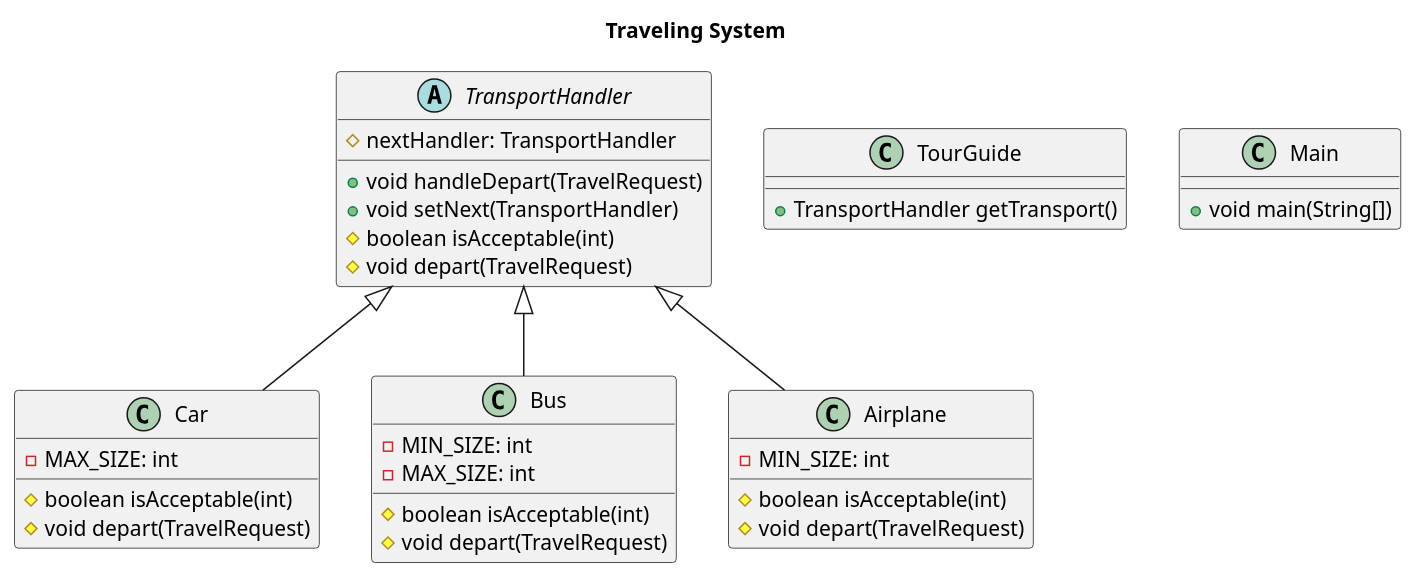
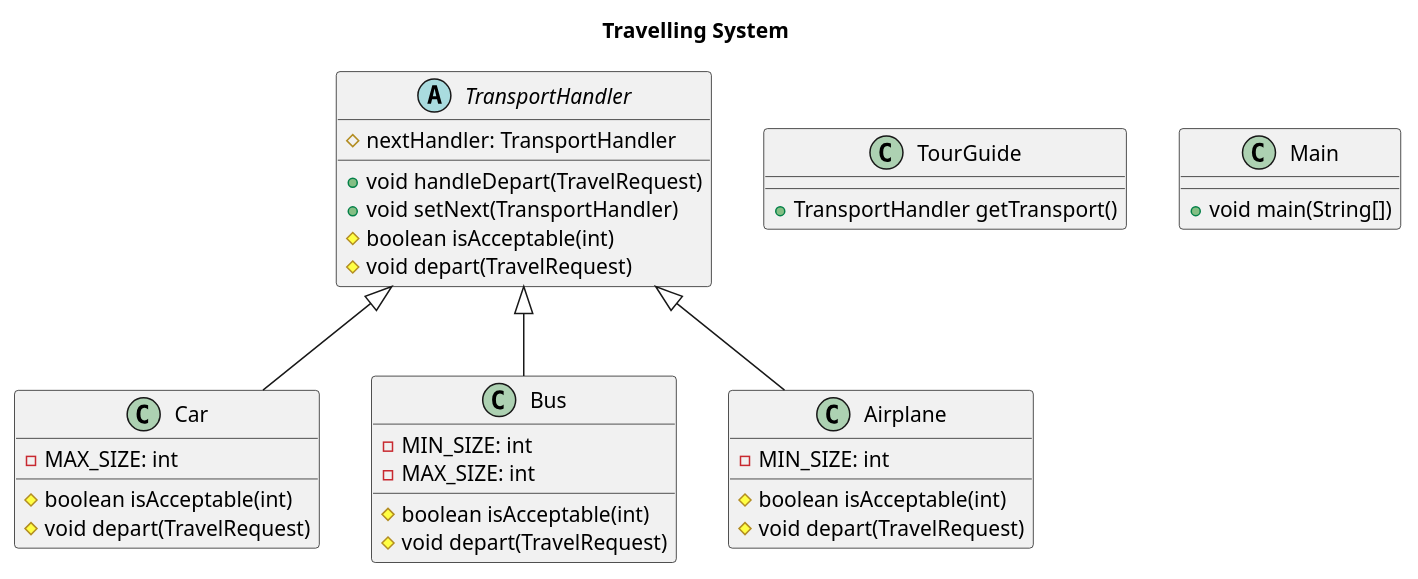
Before and after one commit to The-Cookies-Team/UML-Diagrams: the diagram in ClassDiagrams/cor.puml, drawn with PlantUML. The commit also changed 1 other file, not shown here.

```diff
--- a/ClassDiagrams/cor.puml
+++ b/ClassDiagrams/cor.puml
@@ -1,46 +1,46 @@
 @startuml CD
 
-title "Traveling System"
+title "Travelling System"
 
 abstract TransportHandler {
 
 	# nextHandler: TransportHandler
 	+ void handleDepart(TravelRequest)
 	+ void setNext(TransportHandler)
 	# boolean isAcceptable(int)
 	# void depart(TravelRequest)
 }
 
 class Car {
 	- MAX_SIZE: int
 	# boolean isAcceptable(int)
 	# void depart(TravelRequest)
 }
 
 class Bus {
 	- MIN_SIZE: int
 	- MAX_SIZE: int
 	# boolean isAcceptable(int)
 	# void depart(TravelRequest)
 }
 
 class Airplane {
 	- MIN_SIZE: int
 	# boolean isAcceptable(int)
 	# void depart(TravelRequest)
 }
 
 class TourGuide {
 	+ TransportHandler getTransport()
 }
 
 class Main {
 	+ void main(String[])
 }
 
 TransportHandler <|-- Car
 TransportHandler <|-- Bus
 TransportHandler <|-- Airplane
 
 
 @enduml
```
